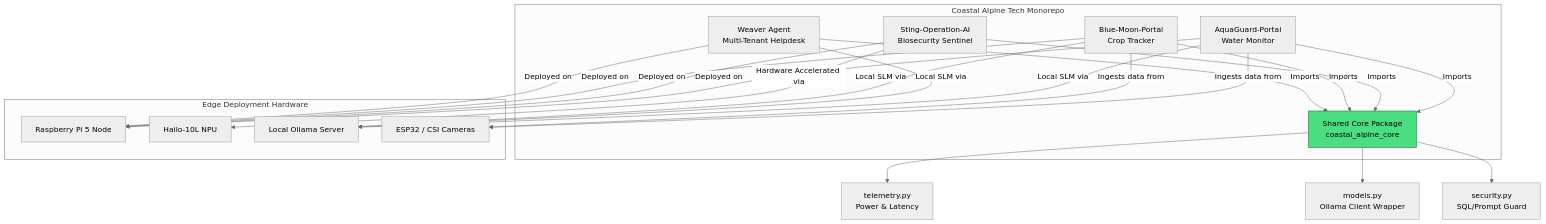
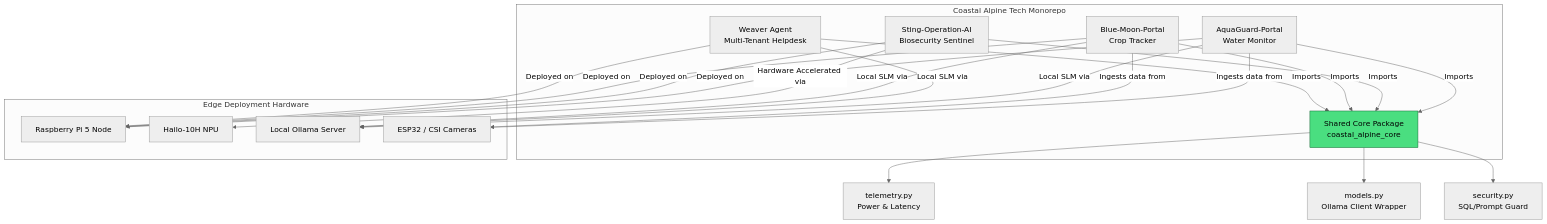
One commit to fivepanelhat/coastal-alpine-stack changed the diagram in coastal-alpine-stack/root/README.md. Above: the diagram before and after it, drawn with Mermaid (neutral theme). The commit also changed other lines of this file and 10 other files, not shown here.

First line of the commit message:
docs: standardize on Raspberry Pi 5 16GB + Hailo-10H NPU (40 TOPS)

````diff
--- a/coastal-alpine-stack/root/README.md
+++ b/coastal-alpine-stack/root/README.md
@@ -101,31 +101,31 @@
 ```mermaid
 flowchart TD
     subgraph "Coastal Alpine Tech Monorepo"
         Core[Shared Core Package <br/> coastal_alpine_core]
         
         Weaver[Weaver Agent <br/> Multi-Tenant Helpdesk]
         Moon[Blue-Moon-Portal <br/> Crop Tracker]
         Sting[Sting-Operation-AI <br/> Biosecurity Sentinel]
         Aqua[AquaGuard-Portal <br/> Water Monitor]
         
         Weaver & Moon & Sting & Aqua -->|Imports| Core
     end
     
     Core --> Telemetry[telemetry.py <br/> Power & Latency]
     Core --> Models[models.py <br/> Ollama Client Wrapper]
     Core --> Security[security.py <br/> SQL/Prompt Guard]
 
     subgraph "Edge Deployment Hardware"
         RPi[Raspberry Pi 5 Node]
-        Hailo[Hailo-10L NPU]
+        Hailo[Hailo-10H NPU]
         Ollama[Local Ollama Server]
         Sensors[ESP32 / CSI Cameras]
         
         Weaver & Moon & Sting & Aqua -->|Deployed on| RPi
         Sting -->|Hardware Accelerated via| Hailo
         Moon & Weaver & Aqua -->|Local SLM via| Ollama
         Moon & Aqua -->|Ingests data from| Sensors
     end
     
     style Core fill:#4ade80,stroke:#166534
 ```
````
